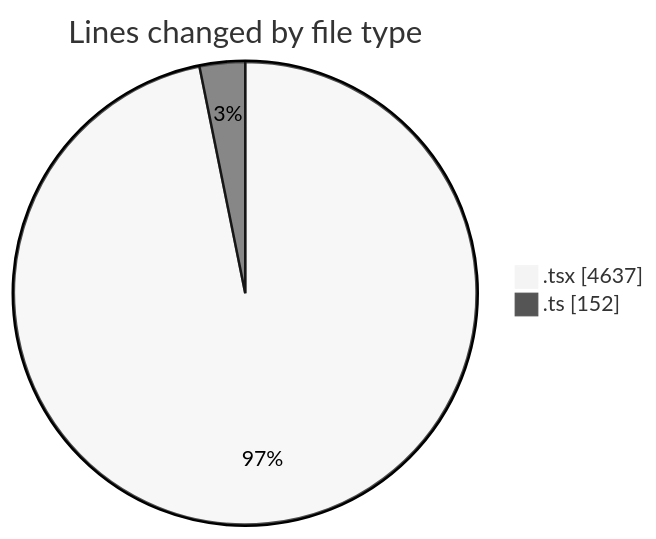
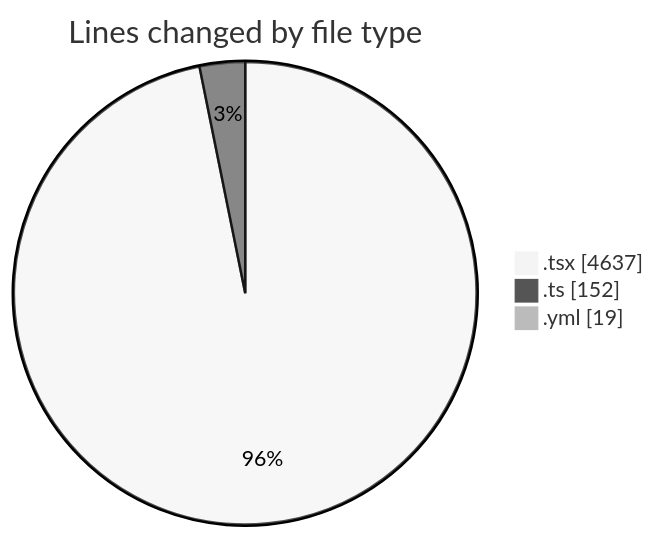
The first of 2 diagrams in 2025-11-18/eventscop-frontend-guide__workspace_/README.md (julien-gomy/code-tracking), drawn with Mermaid (neutral theme) before and after one commit. The commit also changed other lines of this file and 1 other file, not shown here.

````diff
--- a/2025-11-18/eventscop-frontend-guide__workspace_/README.md
+++ b/2025-11-18/eventscop-frontend-guide__workspace_/README.md
@@ -55,6 +56,7 @@
 ```mermaid
 pie showData
 title Lines changed by file type
 ".tsx" : 4637
 ".ts" : 152
+".yml" : 19
 ```
````
